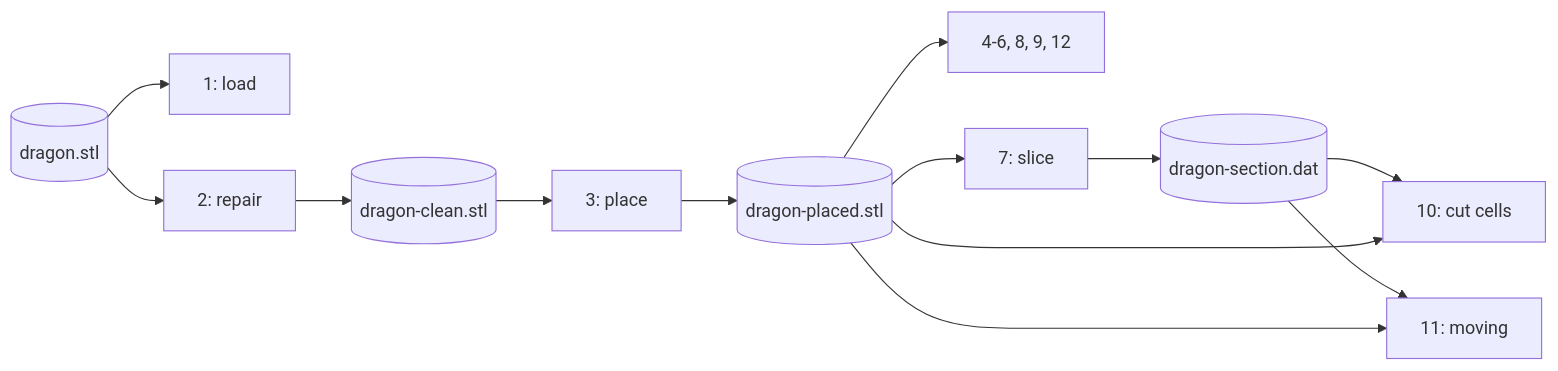
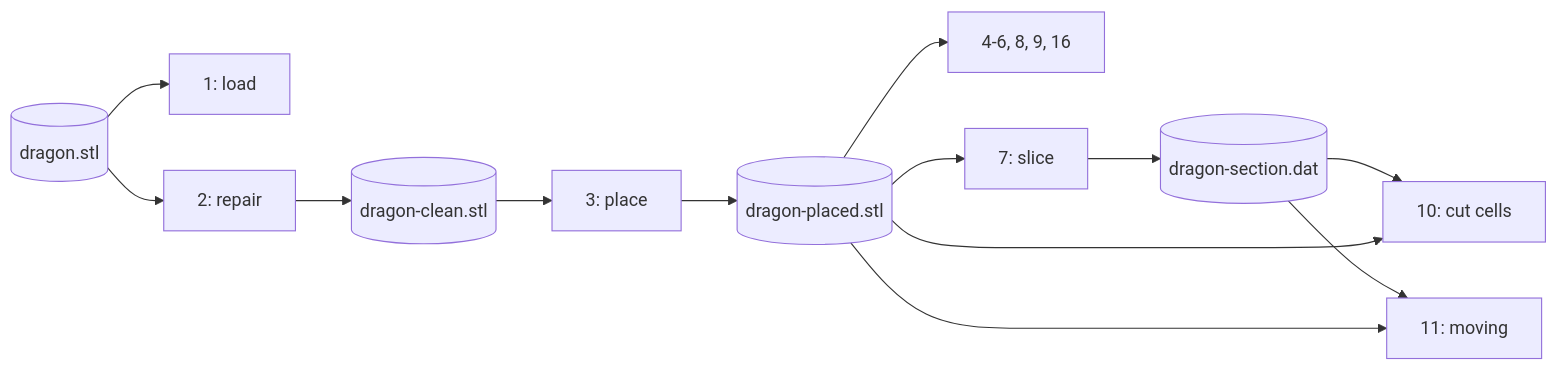
Before and after one commit to szaghi/FOSSIL: the diagram in docs/manual/index.md, drawn with Mermaid. The commit also changed other lines of this file and 75 other files, not shown here.

````diff
--- a/docs/manual/index.md
+++ b/docs/manual/index.md
@@ -39,12 +45,12 @@
 ```mermaid
 flowchart LR
   dragon[(dragon.stl)] --> c1["1: load"]
   dragon --> c2["2: repair"] --> clean[(dragon-clean.stl)]
   clean --> c3["3: place"] --> placed[(dragon-placed.stl)]
-  placed --> c4to6["4-6, 8, 9, 12"]
+  placed --> c4to6["4-6, 8, 9, 16"]
   placed --> c7["7: slice"] --> section[(dragon-section.dat)]
   section --> c10["10: cut cells"]
   placed --> c10
   section --> c11["11: moving"]
   placed --> c11
 ```
````
